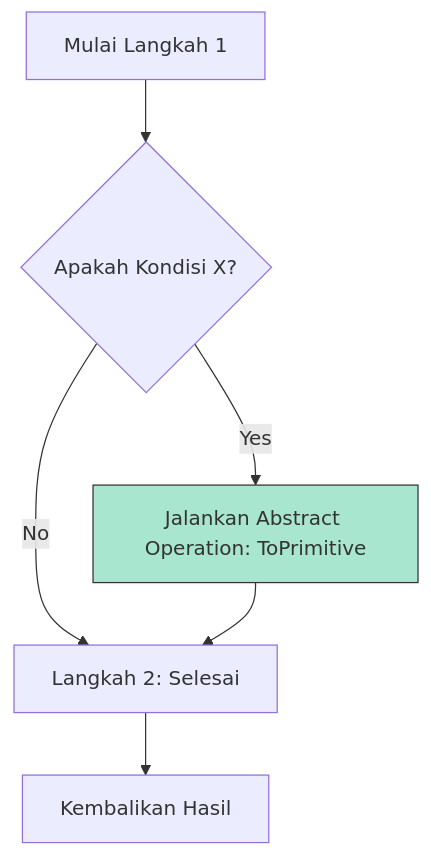
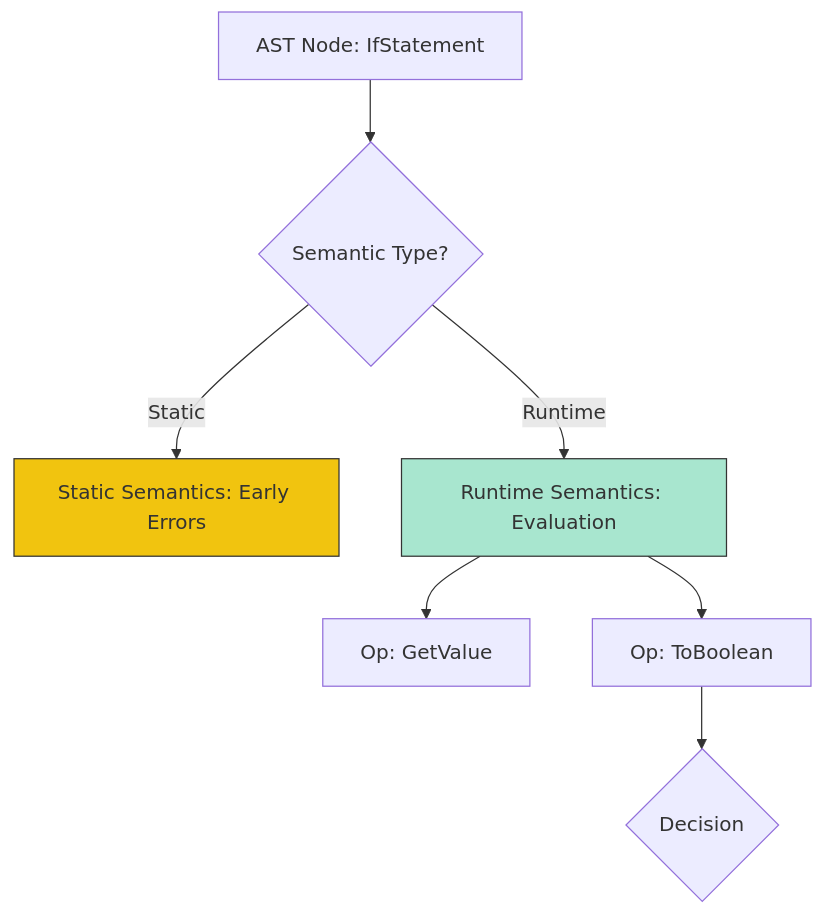
One commit to syahputrawork98-sketch/JavaScript-Learning-Hub changed the diagram in RAK-04-core-specification/SR-01-spec-algorithm-conventions/BK-03_SpecAlgorithmConventions/CH-01_EvaluationLogic/README.md. Above: the diagram before and after it, drawn with Mermaid. The commit also changed other lines of this file and 12 other files, not shown here.

````diff
--- a/RAK-04-core-specification/SR-01-spec-algorithm-conventions/BK-03_SpecAlgorithmConventions/CH-01_EvaluationLogic/README.md
+++ b/RAK-04-core-specification/SR-01-spec-algorithm-conventions/BK-03_SpecAlgorithmConventions/CH-01_EvaluationLogic/README.md
@@ -23,10 +24,13 @@
 ```mermaid
 graph TD
-    Start[Mulai Langkah 1] --> Step1{Apakah Kondisi X?}
-    Step1 -->|Yes| Op[Jalankan Abstract Operation: ToPrimitive]
-    Step1 -->|No| Next[Langkah 2: Selesai]
-    Op --> Next
-    Next --> End[Kembalikan Hasil]
+    Node[AST Node: IfStatement] --> Semantic{Semantic Type?}
+    Semantic -->|Static| SS[Static Semantics: Early Errors]
+    Semantic -->|Runtime| RS[Runtime Semantics: Evaluation]
     
-    style Op fill:#a8e6cf,stroke:#333
+    RS --> Op1[Op: GetValue]
+    RS --> Op2[Op: ToBoolean]
+    Op2 --> Branch{Decision}
+    
+    style SS fill:#f1c40f,stroke:#333
+    style RS fill:#a8e6cf,stroke:#333
 ```
````
